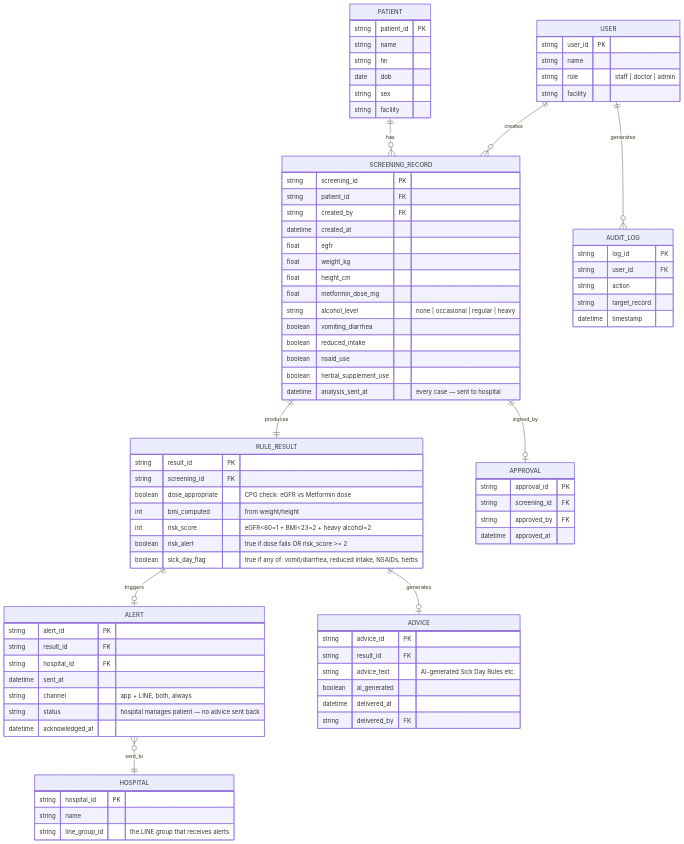
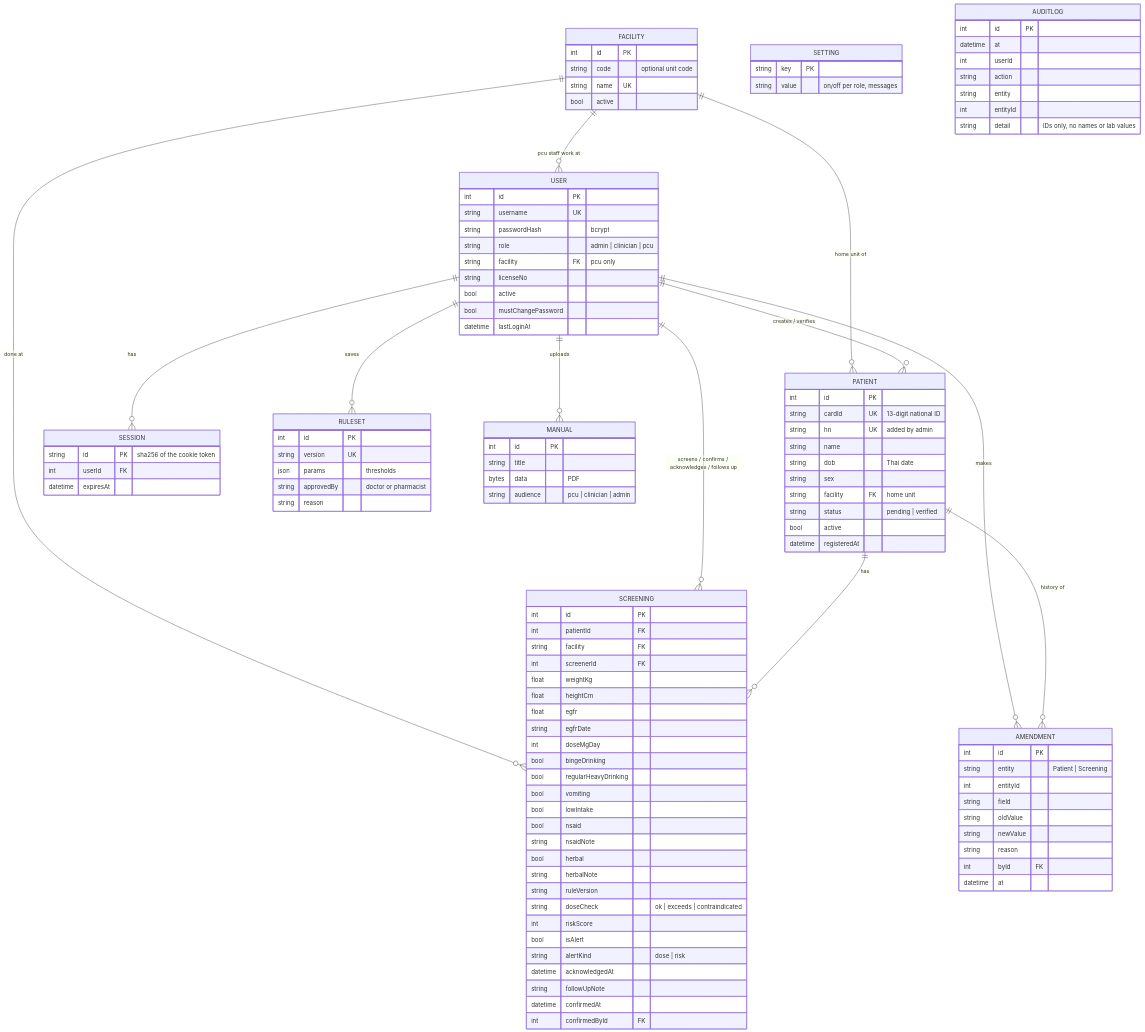
The second of 4 diagrams in .docs/02-design/diagrams.md (tpose-corp/mala-risk-screening), drawn with Mermaid before and after one commit. The commit also changed other lines of this file and 33 other files, not shown here.

````diff
--- a/.docs/02-design/diagrams.md
+++ b/.docs/02-design/diagrams.md
@@ -55,85 +70,114 @@
 ```mermaid
 erDiagram
-  USER ||--o{ SCREENING_RECORD : creates
+  FACILITY ||--o{ USER : "pcu staff work at"
+  FACILITY ||--o{ PATIENT : "home unit of"
+  FACILITY ||--o{ SCREENING : "done at"
+  USER ||--o{ SESSION : has
+  USER ||--o{ PATIENT : "creates / verifies"
+  USER ||--o{ SCREENING : "screens / confirms / acknowledges / follows up"
+  USER ||--o{ AMENDMENT : makes
+  USER ||--o{ RULESET : "saves"
+  USER ||--o{ MANUAL : uploads
+  PATIENT ||--o{ SCREENING : has
+  PATIENT ||--o{ AMENDMENT : "history of"
+
+  FACILITY {
+    int id PK
+    string code "optional unit code"
+    string name UK
+    bool active
+  }
   USER {
-    string user_id PK
+    int id PK
+    string username UK
+    string passwordHash "bcrypt"
+    string role "admin | clinician | pcu"
+    string facility FK "pcu only"
+    string licenseNo
+    bool active
+    bool mustChangePassword
+    datetime lastLoginAt
+  }
+  SESSION {
+    string id PK "sha256 of the cookie token"
+    int userId FK
+    datetime expiresAt
+  }
+  PATIENT {
+    int id PK
+    string cardId UK "13-digit national ID"
+    string hn UK "added by admin"
     string name
-    string role "staff | doctor | admin"
-    string facility
+    string dob "Thai date"
+    string sex
+    string facility FK "home unit"
+    string status "pending | verified"
+    bool active
+    datetime registeredAt
   }
-  PATIENT ||--o{ SCREENING_RECORD : has
-  PATIENT {
-    string patient_id PK
-    string name
-    string hn
-    date dob
-    string sex
-    string facility
+  SCREENING {
+    int id PK
+    int patientId FK
+    string facility FK
+    int screenerId FK
+    float weightKg
+    float heightCm
+    float egfr
+    string egfrDate
+    int doseMgDay
+    bool bingeDrinking
+    bool regularHeavyDrinking
+    bool vomiting
+    bool lowIntake
+    bool nsaid
+    string nsaidNote
+    bool herbal
+    string herbalNote
+    string ruleVersion
+    string doseCheck "ok | exceeds | contraindicated"
+    int riskScore
+    bool isAlert
+    string alertKind "dose | risk"
+    datetime acknowledgedAt
+    string followUpNote
+    datetime confirmedAt
+    int confirmedById FK
   }
-  SCREENING_RECORD ||--|| RULE_RESULT : produces
-  SCREENING_RECORD {
-    string screening_id PK
-    string patient_id FK
-    string created_by FK
-    datetime created_at
-    float egfr
-    float weight_kg
-    float height_cm
-    float metformin_dose_mg
-    string alcohol_level "none | occasional | regular | heavy"
-    boolean vomiting_diarrhea
-    boolean reduced_intake
-    boolean nsaid_use
-    boolean herbal_supplement_use
-    datetime analysis_sent_at "every case — sent to hospital"
+  AMENDMENT {
+    int id PK
+    string entity "Patient | Screening"
+    int entityId
+    string field
+    string oldValue
+    string newValue
+    string reason
+    int byId FK
+    datetime at
   }
-  RULE_RESULT {
-    string result_id PK
-    string screening_id FK
-    boolean dose_appropriate "CPG check: eGFR vs Metformin dose"
-    int bmi_computed "from weight/height"
-    int risk_score "eGFR<60=1 + BMI<23=2 + heavy alcohol=2"
-    boolean risk_alert "true if dose fails OR risk_score >= 2"
-    boolean sick_day_flag "true if any of: vomit/diarrhea, reduced intake, NSAIDs, herbs"
+  RULESET {
+    int id PK
+    string version UK
+    json params "thresholds"
+    string approvedBy "doctor or pharmacist"
+    string reason
   }
-  RULE_RESULT ||--o| ALERT : triggers
-  ALERT {
-    string alert_id PK
-    string result_id FK
-    string hospital_id FK
-    datetime sent_at
-    string channel "app + LINE, both, always"
-    string status "hospital manages patient — no advice sent back"
-    datetime acknowledged_at
+  SETTING {
+    string key PK
+    string value "on/off per role, messages"
   }
-  RULE_RESULT ||--o| ADVICE : generates
-  ADVICE {
-    string advice_id PK
-    string result_id FK
-    string advice_text "AI-generated Sick Day Rules etc."
-    boolean ai_generated
-    datetime delivered_at
-    string delivered_by FK
+  MANUAL {
+    int id PK
+    string title
+    bytes data "PDF"
+    string audience "pcu | clinician | admin"
   }
-  SCREENING_RECORD ||--o| APPROVAL : signed_by
-  APPROVAL {
-    string approval_id PK
-    string screening_id FK
-    string approved_by FK
-    datetime approved_at
+  AUDITLOG {
+    int id PK
+    datetime at
+    int userId
+    string action
+    string entity
+    int entityId
+    string detail "IDs only, no names or lab values"
   }
-  USER ||--o{ AUDIT_LOG : generates
-  AUDIT_LOG {
-    string log_id PK
-    string user_id FK
-    string action
-    string target_record
-    datetime timestamp
-  }
-  HOSPITAL {
-    string hospital_id PK
-    string name
-    string line_group_id "the LINE group that receives alerts"
-  }
-  ALERT }o--|| HOSPITAL : sent_to
 ```
````
